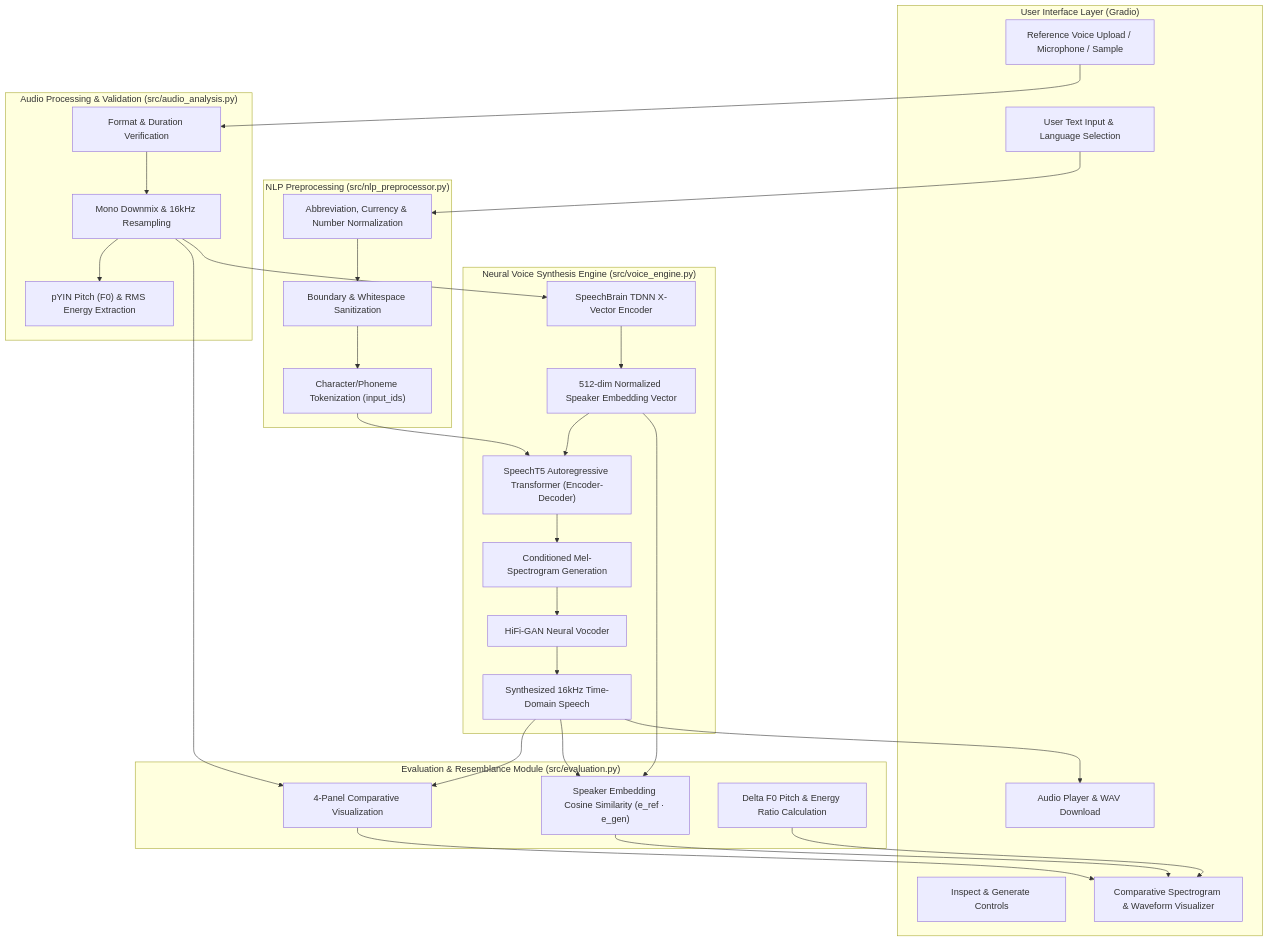
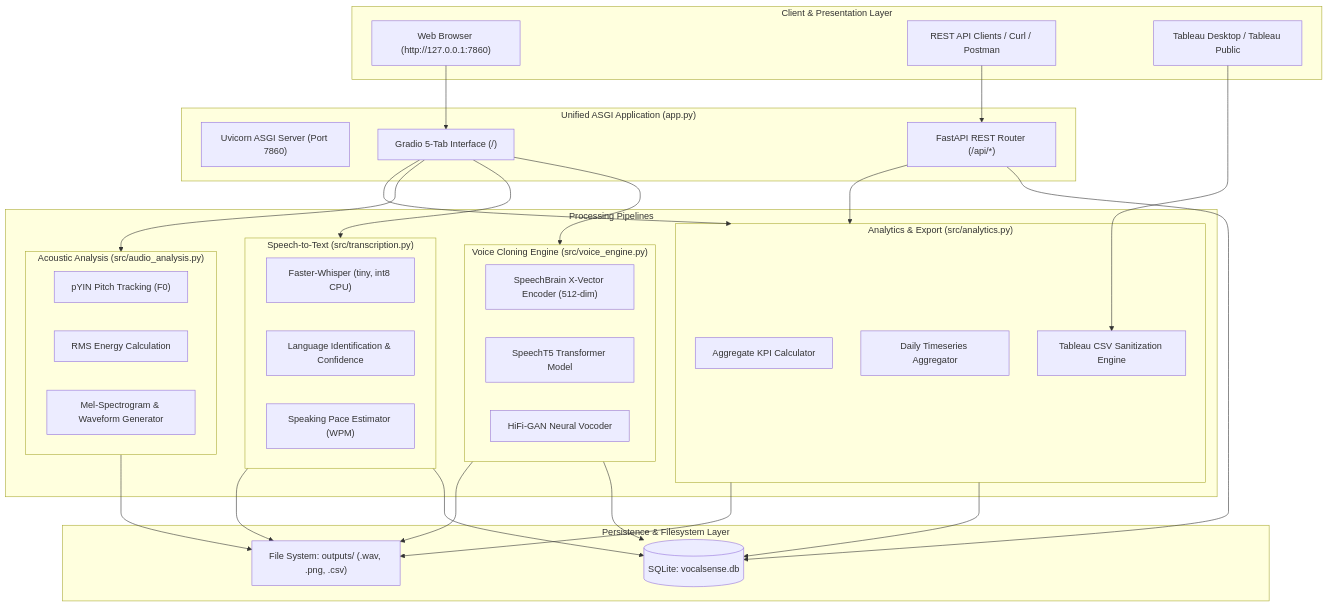
Before and after one commit to KhusheeVashisht/VocalSense_AI: the diagram in README.md, drawn with Mermaid. The commit also changed other lines of this file and 45 other files, not shown here.

Commit message:
Add analytics, transcription API, database and redesigned frontend

````diff
--- a/README.md
+++ b/README.md
@@ -63,59 +35,62 @@
 ```mermaid
 flowchart TD
-    subgraph UI ["User Interface Layer (Gradio)"]
-        AudioInput["Reference Voice Upload / Microphone / Sample"]
-        TextInput["User Text Input & Language Selection"]
-        Controls["Inspect & Generate Controls"]
-        Playback["Audio Player & WAV Download"]
-        VisualReport["Comparative Spectrogram & Waveform Visualizer"]
+    subgraph Client ["Client & Presentation Layer"]
+        Browser["Web Browser (http://127.0.0.1:7860)"]
+        APIClient["REST API Clients / Curl / Postman"]
+        TableauClient["Tableau Desktop / Tableau Public"]
     end
 
-    subgraph AudioPipeline ["Audio Processing & Validation (src/audio_analysis.py)"]
-        FormatCheck["Format & Duration Verification"]
-        Resample["Mono Downmix & 16kHz Resampling"]
-        AcousticStats["pYIN Pitch (F0) & RMS Energy Extraction"]
+    subgraph Server ["Unified ASGI Application (app.py)"]
+        Uvicorn["Uvicorn ASGI Server (Port 7860)"]
+        FastAPIRouter["FastAPI REST Router (/api/*)"]
+        GradioMount["Gradio 5-Tab Interface (/)"]
     end
 
-    subgraph NLPPipeline ["NLP Preprocessing (src/nlp_preprocessor.py)"]
-        TextNorm["Abbreviation, Currency & Number Normalization"]
-        Validation["Boundary & Whitespace Sanitization"]
-        Tokenize["Character/Phoneme Tokenization (input_ids)"]
+    subgraph Pipelines ["Processing Pipelines"]
+        subgraph VoiceCloning ["Voice Cloning Engine (src/voice_engine.py)"]
+            SB["SpeechBrain X-Vector Encoder (512-dim)"]
+            T5["SpeechT5 Transformer Model"]
+            Hifi["HiFi-GAN Neural Vocoder"]
+        end
+        subgraph TranscriptionEngine ["Speech-to-Text (src/transcription.py)"]
+            FW["Faster-Whisper (tiny, int8 CPU)"]
+            LangDet["Language Identification & Confidence"]
+            PaceCalc["Speaking Pace Estimator (WPM)"]
+        end
+        subgraph SignalAnalysis ["Acoustic Analysis (src/audio_analysis.py)"]
+            PYIN["pYIN Pitch Tracking (F0)"]
+            RMS["RMS Energy Calculation"]
+            Spectra["Mel-Spectrogram & Waveform Generator"]
+        end
+        subgraph AnalyticsEngine ["Analytics & Export (src/analytics.py)"]
+            KPIAgg["Aggregate KPI Calculator"]
+            TimeseriesGen["Daily Timeseries Aggregator"]
+            CSVSanitizer["Tableau CSV Sanitization Engine"]
+        end
     end
 
-    subgraph DeepLearning ["Neural Voice Synthesis Engine (src/voice_engine.py)"]
-        SpkEncoder["SpeechBrain TDNN X-Vector Encoder"]
-        SpkVector["512-dim Normalized Speaker Embedding Vector"]
-        SpeechT5["SpeechT5 Autoregressive Transformer (Encoder-Decoder)"]
-        MelSpec["Conditioned Mel-Spectrogram Generation"]
-        Vocoder["HiFi-GAN Neural Vocoder"]
-        GenWaveform["Synthesized 16kHz Time-Domain Speech"]
+    subgraph Storage ["Persistence & Filesystem Layer"]
+        DB[(SQLite: vocalsense.db)]
+        Outputs["File System: outputs/ (.wav, .png, .csv)"]
     end
 
-    subgraph Evaluation ["Evaluation & Resemblance Module (src/evaluation.py)"]
-        CosSim["Speaker Embedding Cosine Similarity (e_ref · e_gen)"]
-        StatDiff["Delta F0 Pitch & Energy Ratio Calculation"]
-        CompPlot["4-Panel Comparative Visualization"]
-    end
+    Browser --> GradioMount
+    APIClient --> FastAPIRouter
+    TableauClient --> CSVSanitizer
 
-    AudioInput --> FormatCheck --> Resample
-    Resample --> AcousticStats
-    Resample --> SpkEncoder --> SpkVector
+    GradioMount --> VoiceCloning
+    GradioMount --> TranscriptionEngine
+    GradioMount --> SignalAnalysis
+    GradioMount --> AnalyticsEngine
 
-    TextInput --> TextNorm --> Validation --> Tokenize
+    FastAPIRouter --> DB
+    FastAPIRouter --> AnalyticsEngine
 
-    Tokenize --> SpeechT5
-    SpkVector --> SpeechT5
-
-    SpeechT5 --> MelSpec --> Vocoder --> GenWaveform
-
-    GenWaveform --> Playback
-    GenWaveform --> CosSim
-    SpkVector --> CosSim
-
-    Resample --> CompPlot
-    GenWaveform --> CompPlot
-
-    CompPlot --> VisualReport
-    CosSim --> VisualReport
-    StatDiff --> VisualReport
+    VoiceCloning --> DB
+    VoiceCloning --> Outputs
+    TranscriptionEngine --> DB
+    TranscriptionEngine --> Outputs
+    SignalAnalysis --> Outputs
+    AnalyticsEngine --> DB
+    AnalyticsEngine --> Outputs
 ```
````
